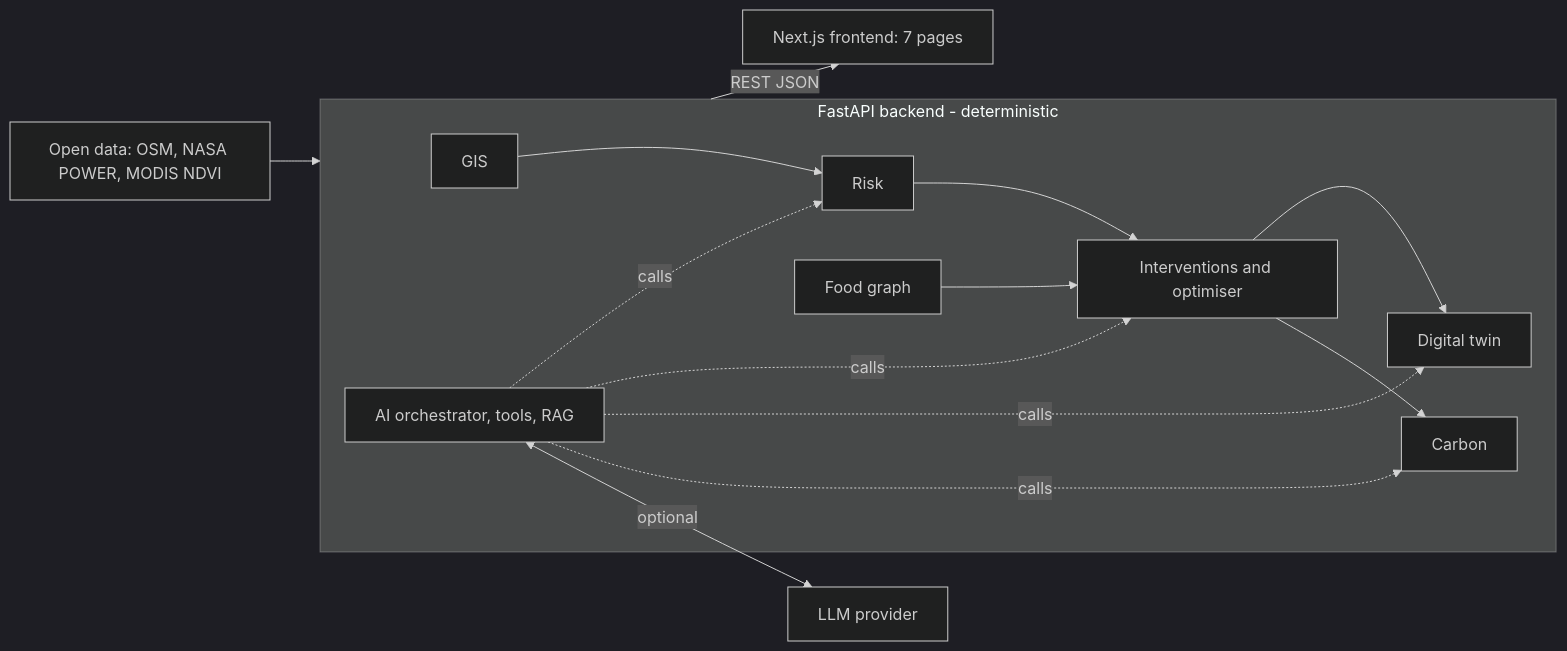
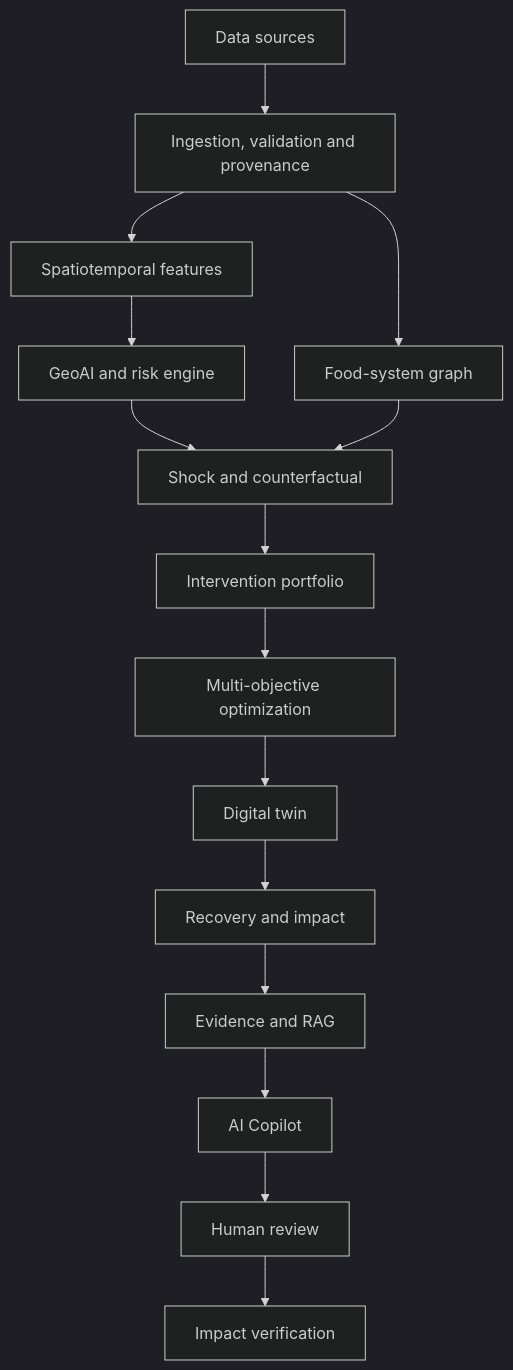
The diagram in README.md (Chaitanyakireet/geoai-food-resilience-starter), drawn with Mermaid (dark theme) before and after one commit. The commit also changed other lines of this file and 1 other file, not shown here.

Commit message:
Create comprehensive GeoAI Food-Resilience project README

````diff
--- a/README.md
+++ b/README.md
@@ -102,15 +131,17 @@
 ```mermaid
-flowchart LR
-  D["Open data: OSM, NASA POWER, MODIS NDVI"] --> B
-  subgraph B["FastAPI backend - deterministic"]
-    G["GIS"] --> R["Risk"] --> I["Interventions and optimiser"] --> T["Digital twin"]
-    GR["Food graph"] --> I
-    I --> C["Carbon"]
-    A["AI orchestrator, tools, RAG"] -.->|"calls"| R
-    A -.->|"calls"| I
-    A -.->|"calls"| T
-    A -.->|"calls"| C
-  end
-  A <-->|"optional"| L["LLM provider"]
-  B -->|"REST JSON"| F["Next.js frontend: 7 pages"]
+flowchart TD
+  A["Data sources"] --> B["Ingestion, validation and provenance"]
+  B --> C["Spatiotemporal features"]
+  B --> E["Food-system graph"]
+  C --> D["GeoAI and risk engine"]
+  D --> F["Shock and counterfactual"]
+  E --> F
+  F --> G["Intervention portfolio"]
+  G --> H["Multi-objective optimization"]
+  H --> I["Digital twin"]
+  I --> J["Recovery and impact"]
+  J --> K["Evidence and RAG"]
+  K --> L["AI Copilot"]
+  L --> M["Human review"]
+  M --> N["Impact verification"]
 ```
````
